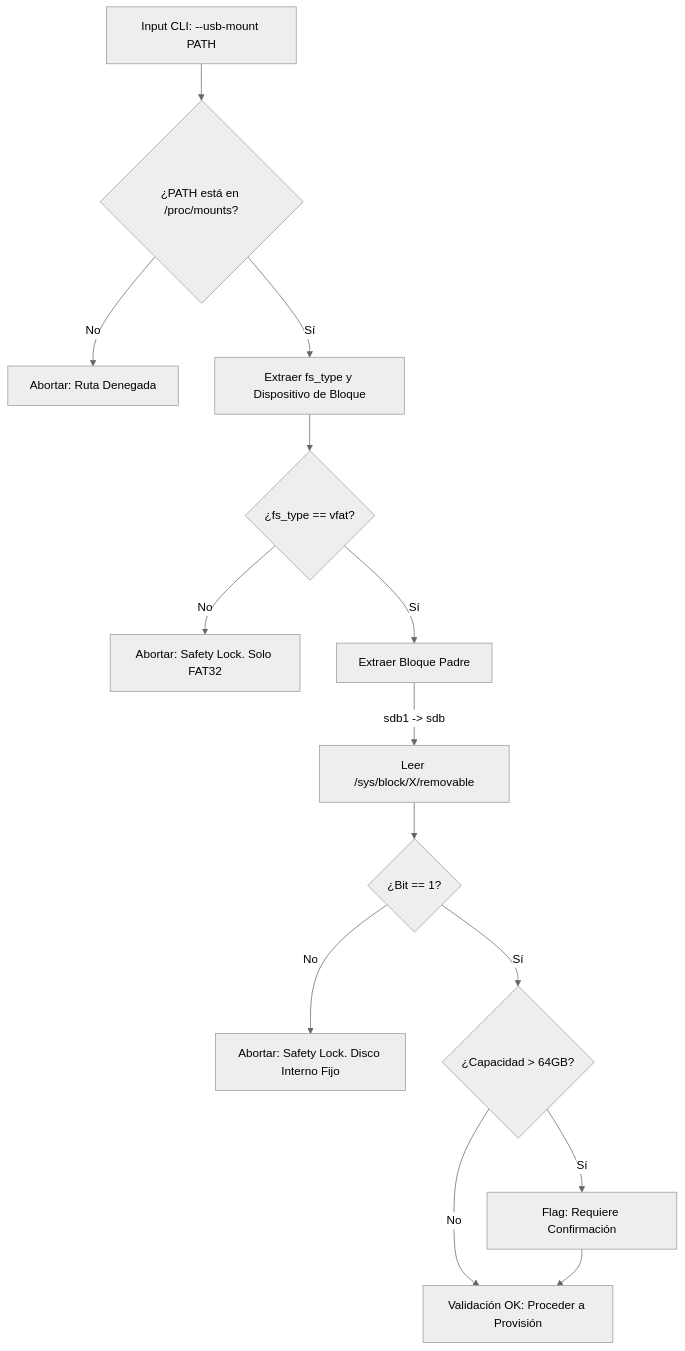
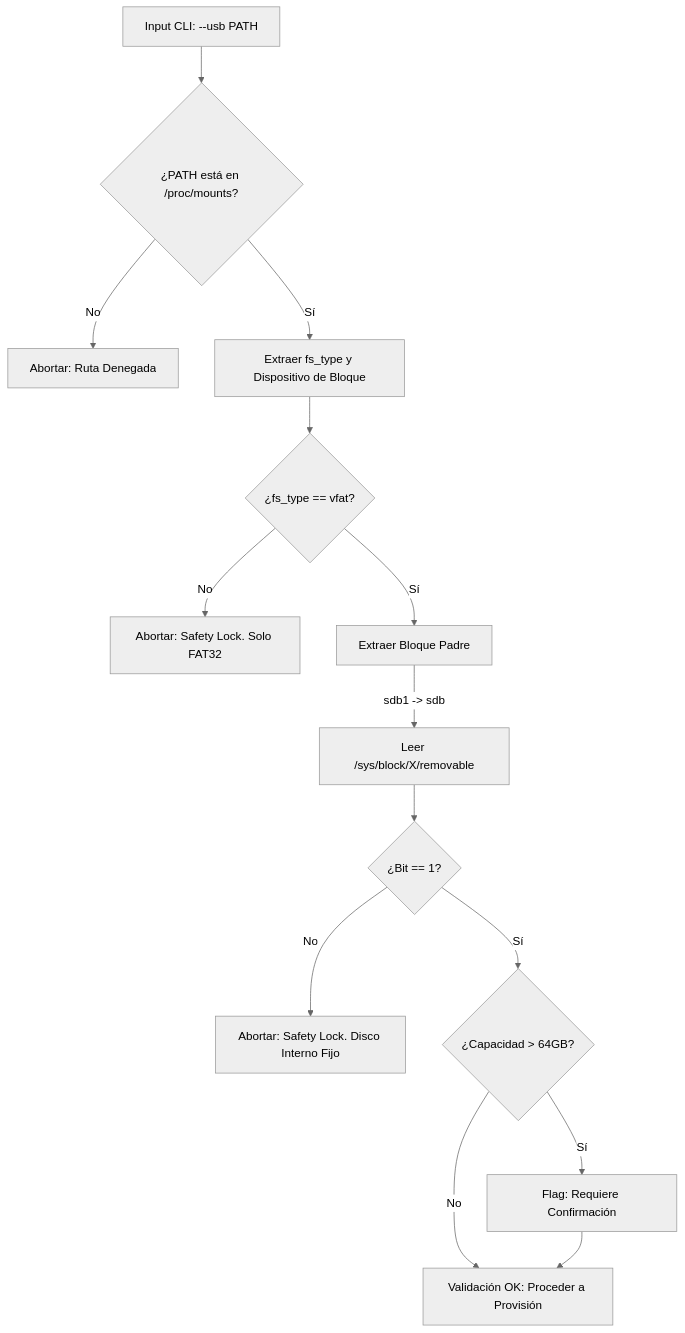
The diagram in docs/architecture/strict-hardware-validation.md (luisrc722/legacy-audio-provisioner), drawn with Mermaid (neutral theme) before and after one commit. The commit also changed other lines of this file and 13 other files, not shown here.

````diff
--- a/docs/architecture/strict-hardware-validation.md
+++ b/docs/architecture/strict-hardware-validation.md
@@ -19,21 +19,21 @@
 ```mermaid
 flowchart TD
-    A[Input CLI: --usb-mount PATH] --> B{¿PATH está en /proc/mounts?}
+    A[Input CLI: --usb PATH] --> B{¿PATH está en /proc/mounts?}
 
     B -->|No| C[Abortar: Ruta Denegada]
     B -->|Sí| D[Extraer fs_type y Dispositivo de Bloque]
 
     D --> E{¿fs_type == vfat?}
     E -->|No| F[Abortar: Safety Lock. Solo FAT32]
     E -->|Sí| G[Extraer Bloque Padre]
 
     G -->|sdb1 -> sdb| H[Leer /sys/block/X/removable]
 
     H --> I{¿Bit == 1?}
     I -->|No| J[Abortar: Safety Lock. Disco Interno Fijo]
     I -->|Sí| K{¿Capacidad > 64GB?}
 
     K -->|Sí| L[Flag: Requiere Confirmación]
     K -->|No| M[Validación OK: Proceder a Provisión]
     L --> M
 ```
````
